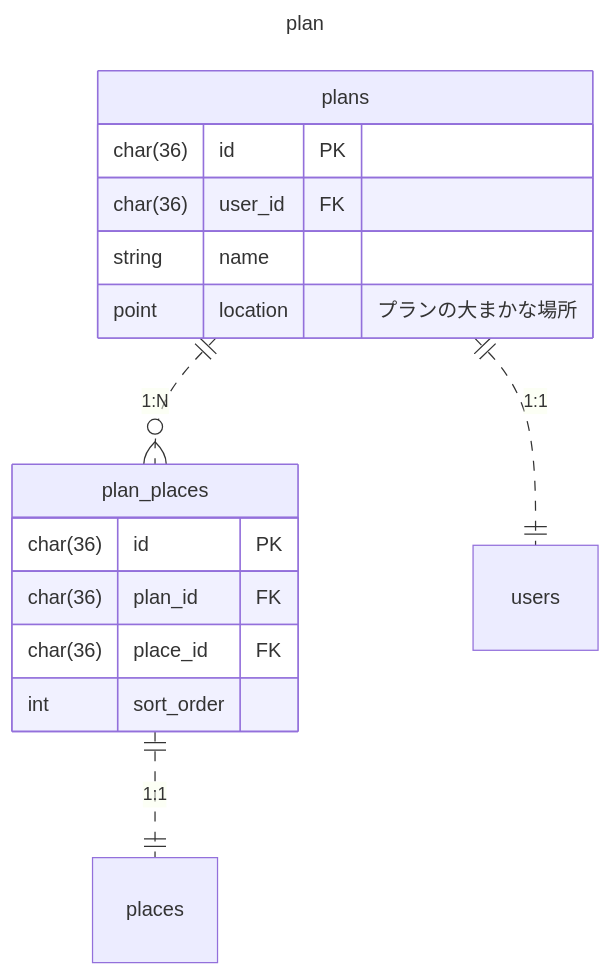
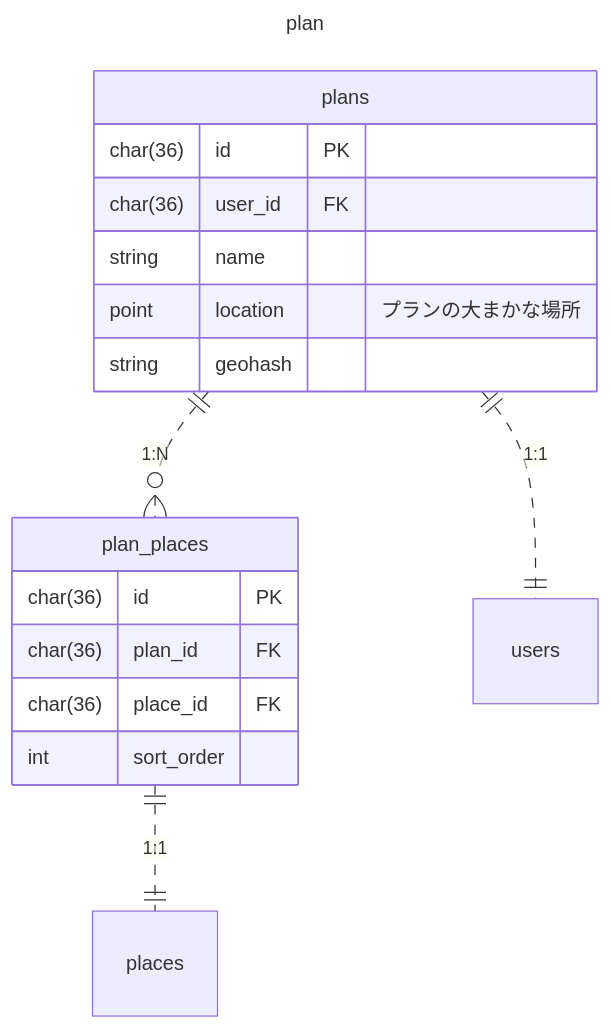
One commit to poroto-app/planner changed the fourth of 5 diagrams in doc/database/er.md. Above: the diagram before and after it, drawn with Mermaid. The commit also changed 1 other file, not shown here.

Commit message:
feat(db): geohashを追加

````diff
--- a/doc/database/er.md
+++ b/doc/database/er.md
@@ -166,23 +166,24 @@
 ```mermaid
 ---
 title: plan
 ---
 erDiagram
     plans {
         char(36) id PK
         char(36) user_id FK
         string name
         point location "プランの大まかな場所"
+        string geohash
     }
 
     plan_places {
         char(36) id PK
         char(36) plan_id FK
         char(36) place_id FK
         int sort_order
     }
 
     plans ||..o{ plan_places: "1:N"
     plans ||..|| users: "1:1"
     plan_places ||..|| places: "1:1"
 ```
````
